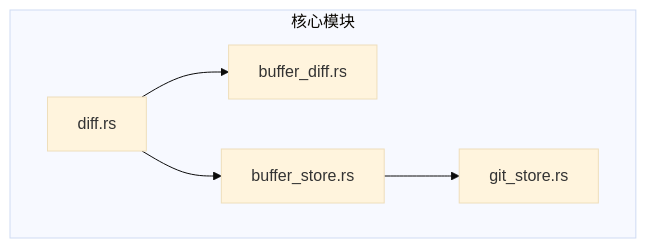
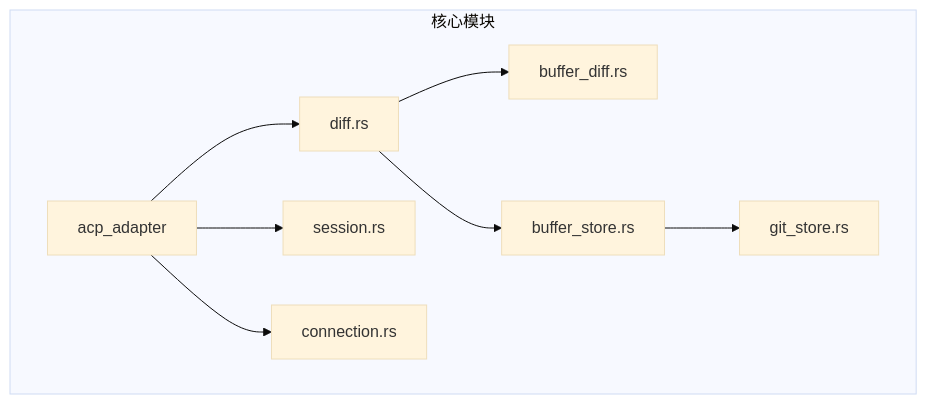
Before and after one commit to nuwax-ai/rcoder: the first of 6 diagrams in .qoder/repowiki/zh/content/ACP协议实现/差分同步机制.md, drawn with Mermaid (base theme). The commit also changed other lines of this file and 85 other files, not shown here.

First line of the commit message:
refactor(acp_adapter): 重构会话管理及连接模块以替代旧实现

````diff
--- a/.qoder/repowiki/zh/content/ACP协议实现/差分同步机制.md
+++ b/.qoder/repowiki/zh/content/ACP协议实现/差分同步机制.md
@@ -28,8 +42,11 @@
 ```mermaid
 graph TB
 subgraph "核心模块"
 A[diff.rs] --> B[buffer_diff.rs]
 A --> C[buffer_store.rs]
 C --> D[git_store.rs]
+E[acp_adapter] --> A
+E --> F[session.rs]
+E --> G[connection.rs]
 end
 ```
````
